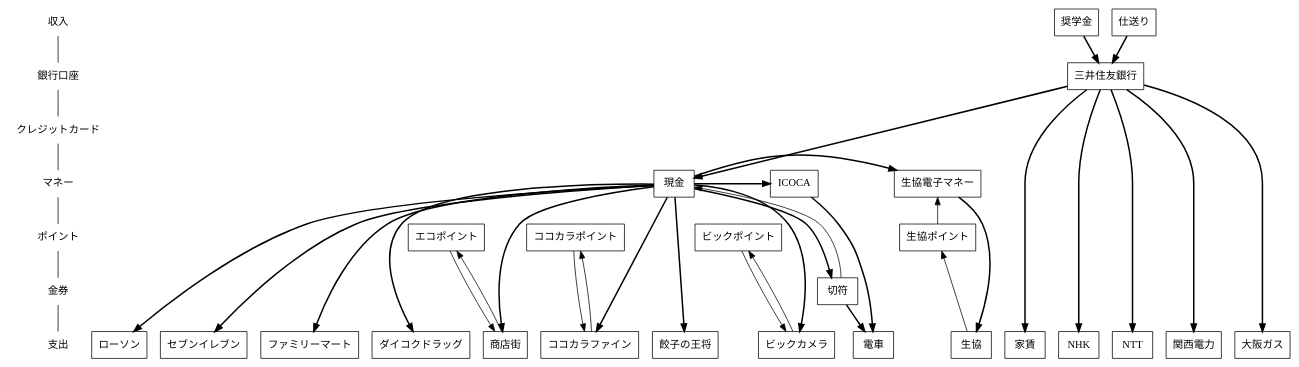
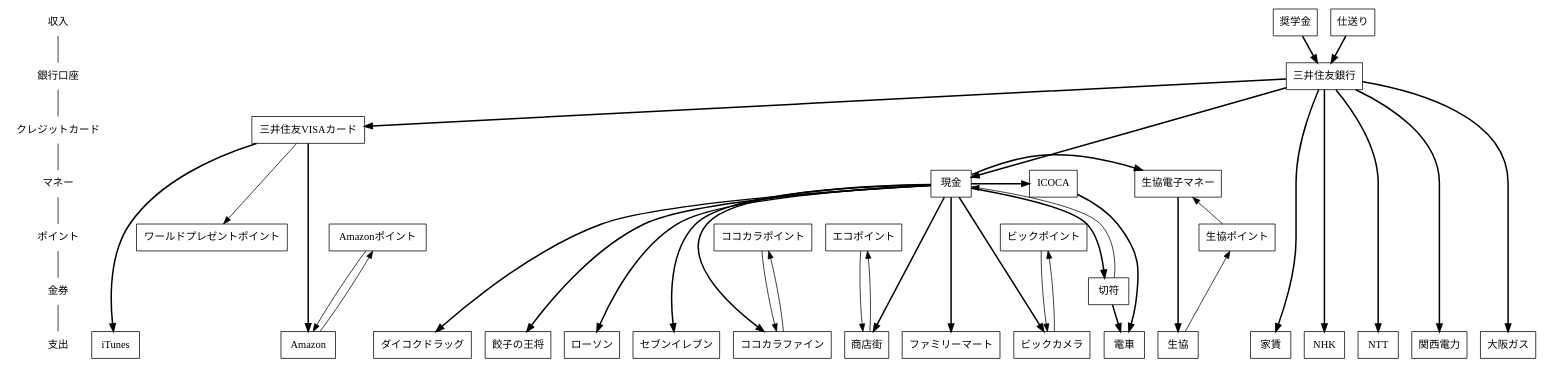
One commit to saireya/moneyflow changed the diagram in flow.dot. Above: the diagram before and after it, drawn with Graphviz.

Commit message:
2011/08: Added SMBC-Visa, iTunes and Amazon

```diff
--- a/flow.dot
+++ b/flow.dot
@@ -1,90 +1,105 @@
 // dot -Tsvg flow.dot -o flow.svg
 digraph "MoneyFlow"
 {
 	node [ shape = box ];
 
 	"収入", "銀行口座", "クレジットカード", "マネー", "ポイント", "金券", "支出" [shape = none];
 	"収入" -> "銀行口座" -> "クレジットカード" -> "マネー" -> "ポイント" -> "金券" -> "支出" [arrowhead = none];
 	{
 		rank = same; "収入";
 		奨学金;
 		仕送り;
 	}
 
 	{
 		rank = same; "銀行口座";
 		三井住友銀行;
 	}
 
 	{
 		rank = same; "クレジットカード";
+		三井住友VISAカード;
 	}
 
 	{
 		rank = same; "マネー";
 		ICOCA;
 		生協電子マネー;
 		現金;
 	}
 
 	{
 		rank = same; "ポイント";
+		// クレジットカード関係
+		ワールドプレゼントポイント;
+		// 独自ポイント
 		エコポイント;
 		生協ポイント;
 		ココカラポイント;
 		ビックポイント;
+		Amazonポイント;
 	}
 
 	{
 		rank = same; "金券";
 		切符;
 	}
 
 	{
 		rank = same; "支出";
 		家賃;
 		// コンビニ
 		ローソン;
 		セブンイレブン;
 		ファミリーマート;
 		// 交通
 		電車;
 		// インフラ
 		NHK;
 		NTT;
 		関西電力;
 		大阪ガス;
 		// 店舗
 		商店街;
 		生協;
 		ココカラファイン;
 		ダイコクドラッグ;
 		ビックカメラ;
 		餃子の王将;
+		// ネット
+		Amazon;
+		iTunes;
 	}
 
 	// SMBC
 	奨学金 -> 三井住友銀行 [style="bold", weight=100];
 	仕送り -> 三井住友銀行 [style="bold", weight=100];
 	三井住友銀行 -> 現金, 家賃, 関西電力, 大阪ガス, NHK, NTT [style="bold", weight=100];
+
+	// SMBC-Visa
+	三井住友銀行 -> 三井住友VISAカード [style="bold", weight=100];
+	三井住友VISAカード -> iTunes [style="bold", weight=100];
+	三井住友VISAカード -> Amazon [style="bold", weight=100];
+	三井住友VISAカード -> ワールドプレゼントポイント;
+	Amazon -> Amazonポイント -> Amazon;
 
 	// 現金
 	現金 -> 商店街 [style="bold", weight=100];
 	商店街 -> エコポイント -> 商店街;
 	現金 -> ローソン [style="bold", weight=100];
 	現金 -> セブンイレブン [style="bold", weight=100];
 	現金 -> ファミリーマート [style="bold", weight=100];
 	現金 -> 生協電子マネー [style="bold", weight=100];
 	生協電子マネー -> 生協 [style="bold", weight=100];
 	生協 -> 生協ポイント -> 生協電子マネー;
 	現金 -> ココカラファイン [style="bold", weight=100];
 	ココカラファイン -> ココカラポイント -> ココカラファイン;
 	現金 -> ダイコクドラッグ [style="bold", weight=100];
 	現金 -> ビックカメラ [style="bold", weight=100];
 	ビックカメラ -> ビックポイント -> ビックカメラ;
 	現金 -> 餃子の王将 [style="bold", weight=100];
 
 	現金 -> ICOCA -> 電車 [style="bold", weight=100];
 	現金 -> 切符 -> 電車 [style="bold", weight=100];
 	切符 -> 現金;
 } 
```
